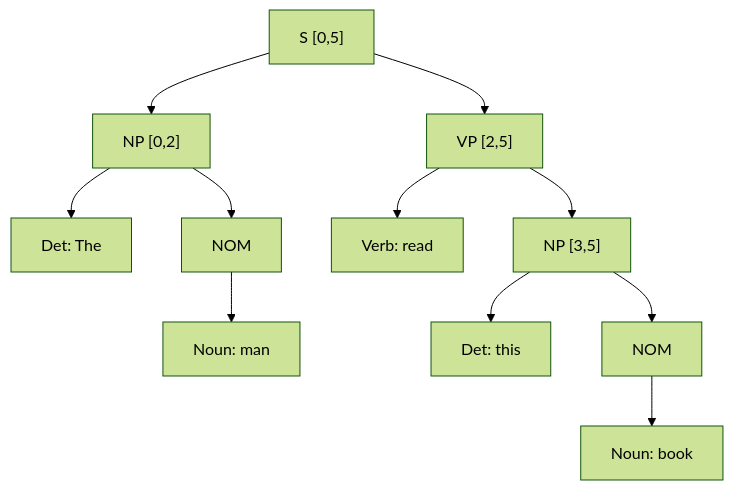
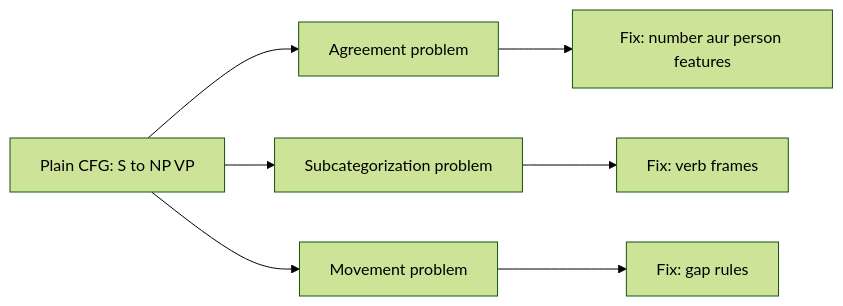
One commit to TrendySloth1001/sem-seven-notes changed the fifth of 5 diagrams in content/natural-language-processing/notes/cfg-parsing.hi.mdx. Above: the diagram before and after it, drawn with Mermaid (forest theme). The commit also changed other lines of this file and 406 other files, not shown here.

````diff
--- a/content/natural-language-processing/notes/cfg-parsing.hi.mdx
+++ b/content/natural-language-processing/notes/cfg-parsing.hi.mdx
@@ -408,14 +217,10 @@
 ```mermaid
-%% caption: "The man read this book" ke liye CYK ka mila parse tree. Subject NP cell [0,2] cover karta hai, VP [2,5], aur S [0,5].
-flowchart TD
-  S["S [0,5]"] --> NP1["NP [0,2]"]
-  S --> VP["VP [2,5]"]
-  NP1 --> D1["Det: The"]
-  NP1 --> NO1["NOM"]
-  NO1 --> N1["Noun: man"]
-  VP --> V["Verb: read"]
-  VP --> NP2["NP [3,5]"]
-  NP2 --> D2["Det: this"]
-  NP2 --> NO2["NOM"]
-  NO2 --> N2["Noun: book"]
+%% caption: Plain CFG ki teen problems aur har ka usual fix.
+flowchart LR
+  A["Plain CFG: S to NP VP"] --> B["Agreement problem"]
+  A --> C["Subcategorization problem"]
+  A --> D["Movement problem"]
+  B --> B1["Fix: number aur person features"]
+  C --> C1["Fix: verb frames"]
+  D --> D1["Fix: gap rules"]
 ```
````
